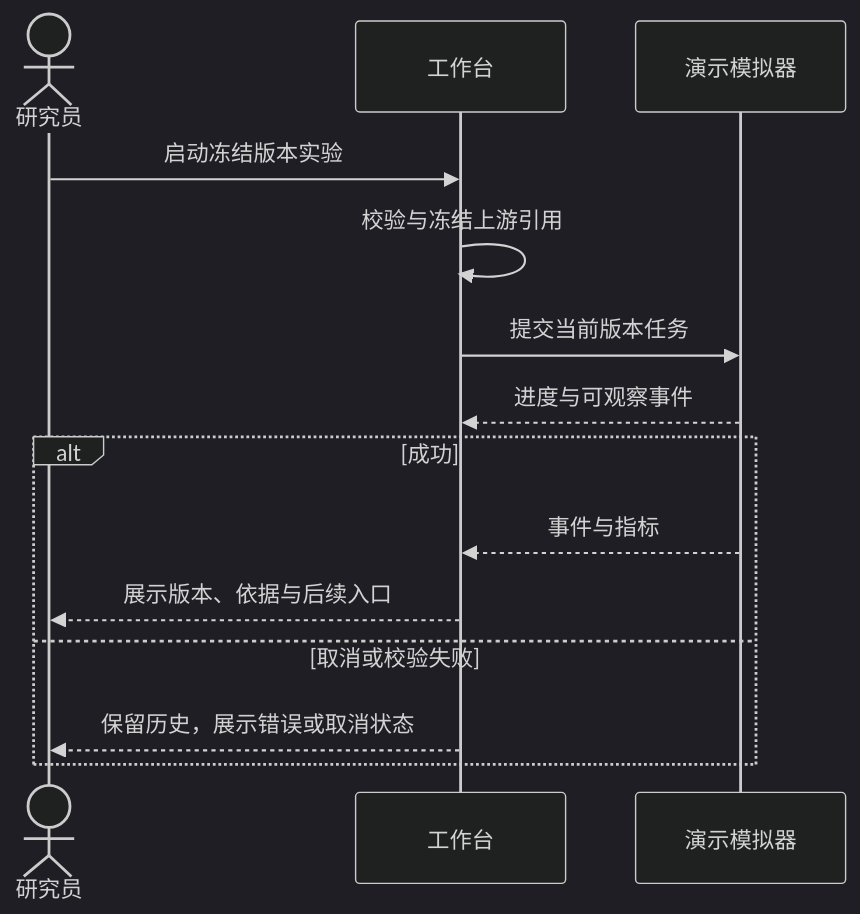
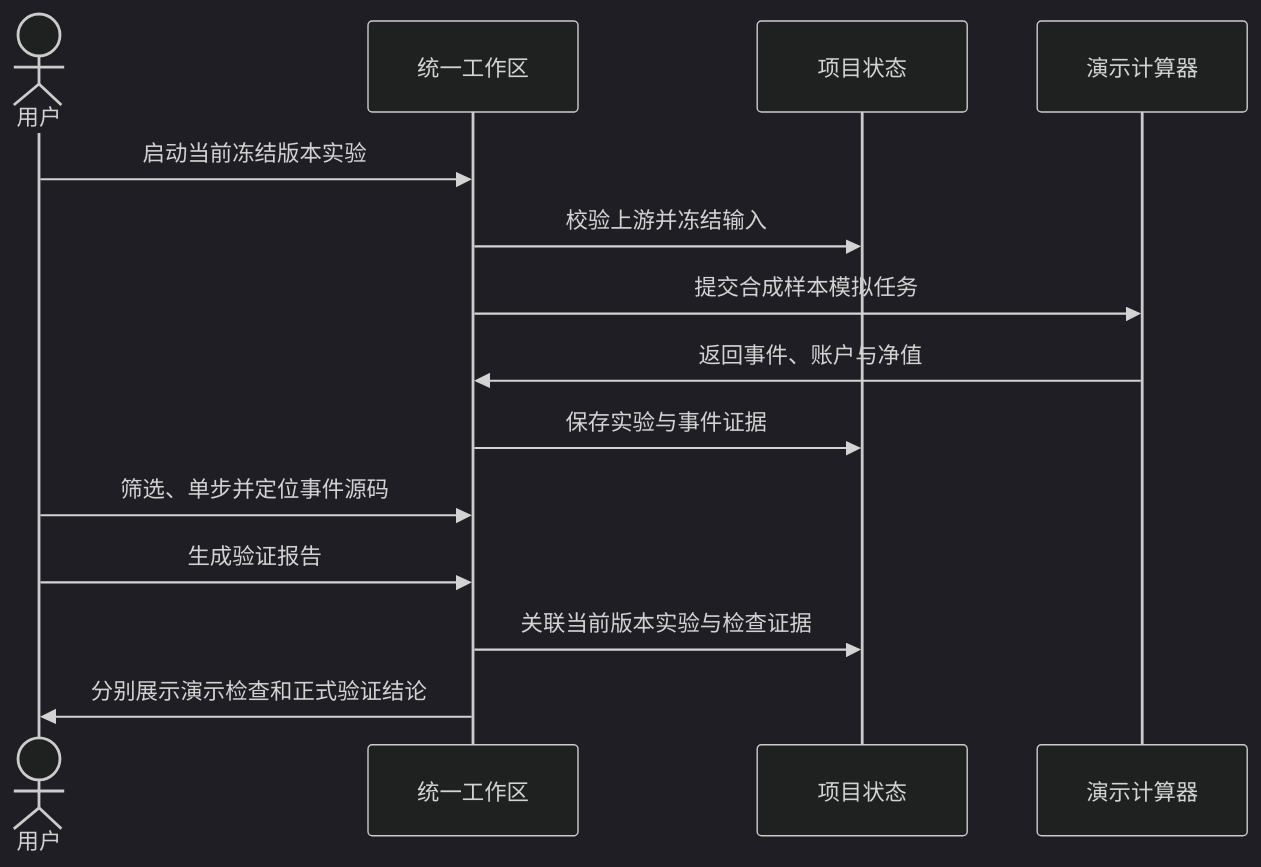
One commit to dorname/nautilus_trader changed the diagram in logos/changes/astock-research-desktop/deltas/prd/3-technical-plan/2-scenario-implementation/core-S19-ai-debug.md. Above: the diagram before and after it, drawn with Mermaid (dark theme). The commit also changed other lines of this file and 48 other files, not shown here.

````diff
--- a/logos/changes/astock-research-desktop/deltas/prd/3-technical-plan/2-scenario-implementation/core-S19-ai-debug.md
+++ b/logos/changes/astock-research-desktop/deltas/prd/3-technical-plan/2-scenario-implementation/core-S19-ai-debug.md
@@ -5,16 +7,16 @@
 ```mermaid
 sequenceDiagram
-    actor U as 研究员
-    participant G as 工作台
-    participant W as 演示模拟器
-    U->>G: 启动冻结版本实验
-    G->>G: 校验与冻结上游引用
-    G->>W: 提交当前版本任务
-    W-->>G: 进度与可观察事件
-    alt 成功
-        W-->>G: 事件与指标
-        G-->>U: 展示版本、依据与后续入口
-    else 取消或校验失败
-        G-->>U: 保留历史，展示错误或取消状态
-    end
+    actor U as 用户
+    participant G as 统一工作区
+    participant P as 项目状态
+    participant W as 演示计算器
+    U->>G: 启动当前冻结版本实验
+    G->>P: 校验上游并冻结输入
+    G->>W: 提交合成样本模拟任务
+    W->>G: 返回事件、账户与净值
+    G->>P: 保存实验与事件证据
+    U->>G: 筛选、单步并定位事件源码
+    U->>G: 生成验证报告
+    G->>P: 关联当前版本实验与检查证据
+    G->>U: 分别展示演示检查和正式验证结论
 ```
````
